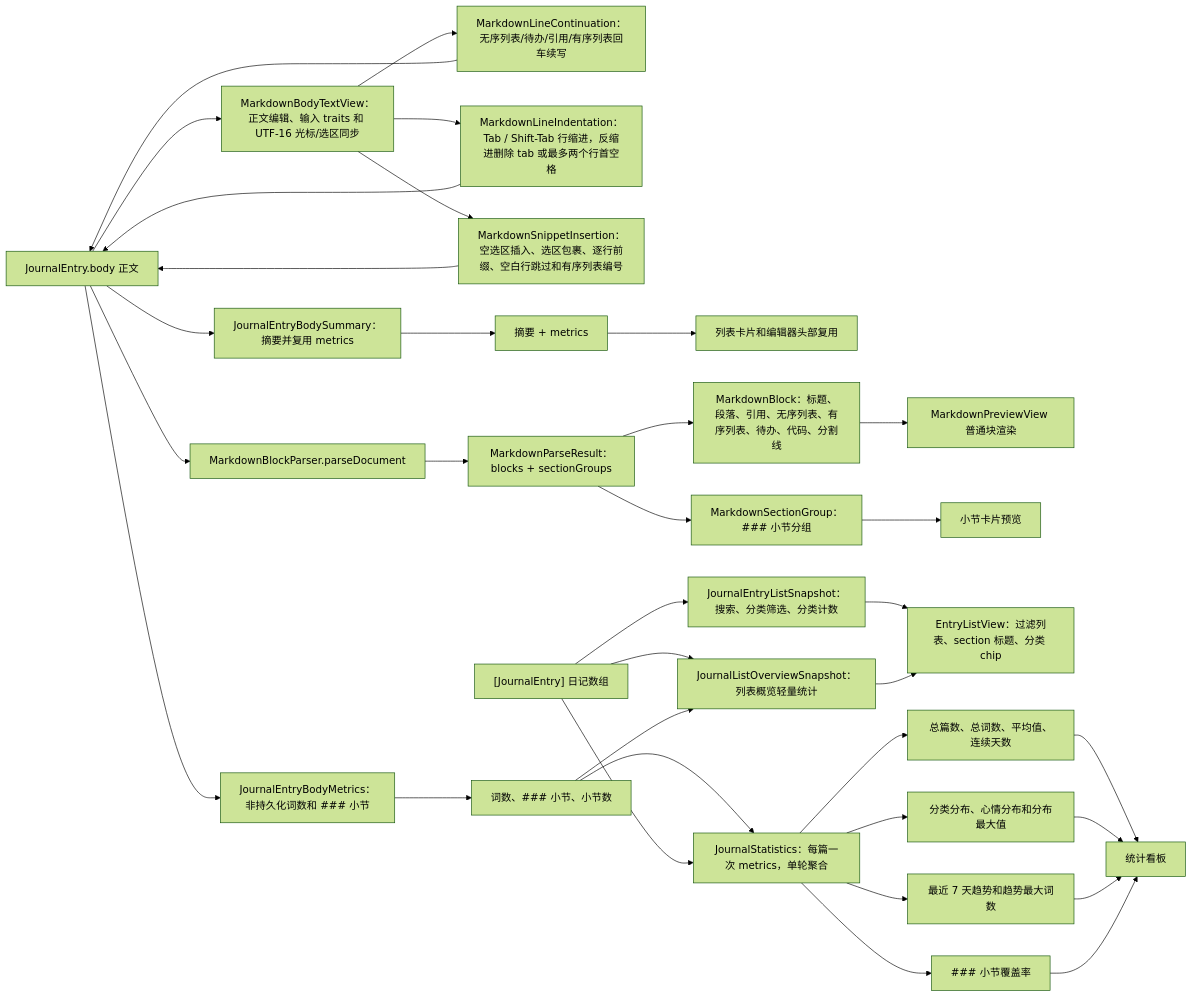
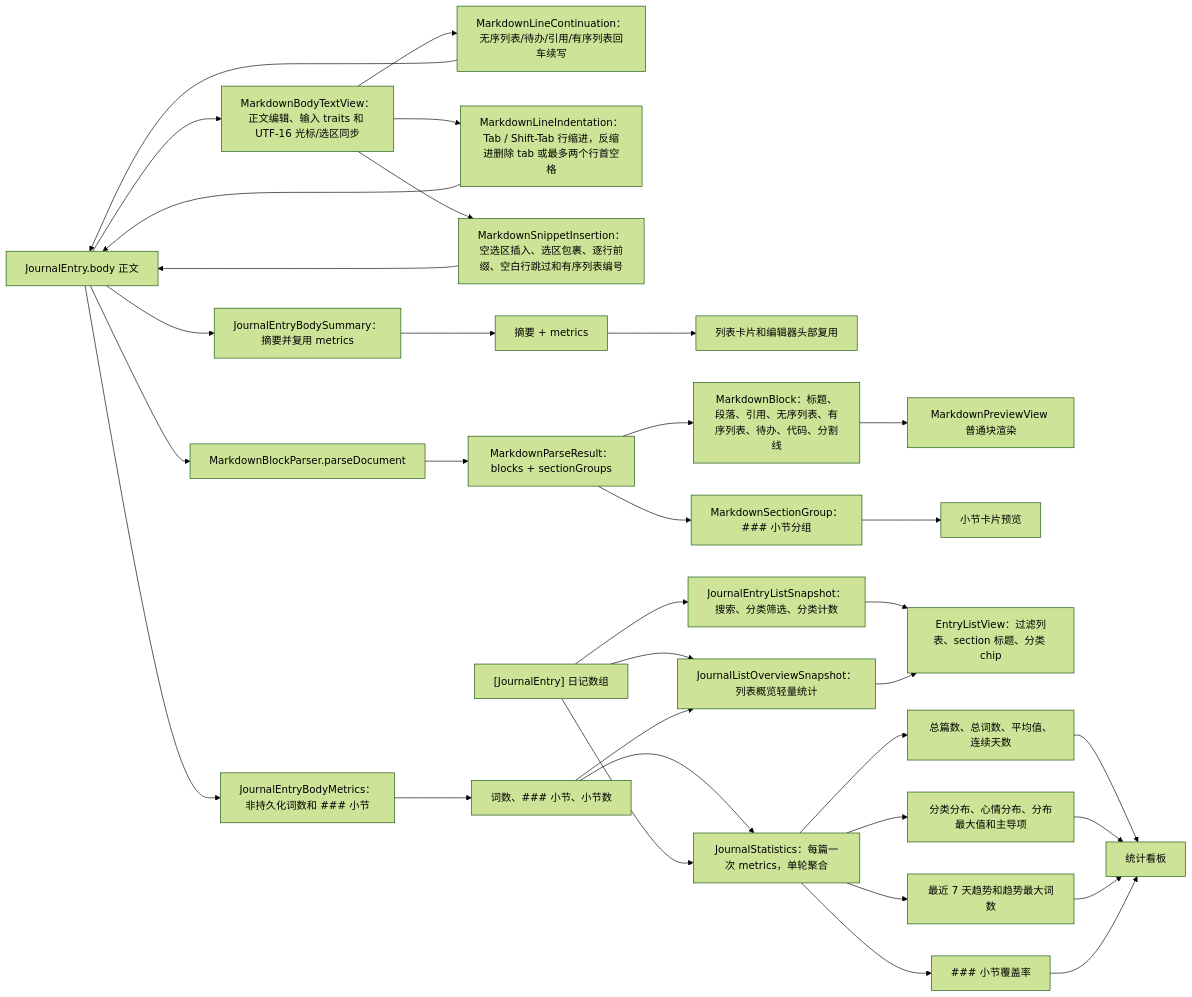
The fourth of 6 diagrams in md/flow/flowchart.md (Altman-sam114/117), drawn with Mermaid (forest theme) before and after one commit. The commit also changed other lines of this file and 8 other files, not shown here.

````diff
--- a/md/flow/flowchart.md
+++ b/md/flow/flowchart.md
@@ -121,36 +121,36 @@
 ```mermaid
 flowchart LR
   Body["JournalEntry.body 正文"] --> MetricsNode2["JournalEntryBodyMetrics：非持久化词数和 ### 小节"]
   Body --> Summary["JournalEntryBodySummary：摘要并复用 metrics"]
   Body --> BodyText["MarkdownBodyTextView：正文编辑、输入 traits 和 UTF-16 光标/选区同步"]
   BodyText --> ContinueRule["MarkdownLineContinuation：无序列表/待办/引用/有序列表回车续写"]
   ContinueRule --> Body
   BodyText --> IndentRule["MarkdownLineIndentation：Tab / Shift-Tab 行缩进，反缩进删除 tab 或最多两个行首空格"]
   IndentRule --> Body
   BodyText --> InsertRule["MarkdownSnippetInsertion：空选区插入、选区包裹、逐行前缀、空白行跳过和有序列表编号"]
   InsertRule --> Body
   MetricsNode2 --> MetricsData["词数、### 小节、小节数"]
   Summary --> Excerpt["摘要 + metrics"]
   Excerpt --> RowEditor["列表卡片和编辑器头部复用"]
   MetricsData --> Statistics["JournalStatistics：每篇一次 metrics，单轮聚合"]
   Body --> Parse["MarkdownBlockParser.parseDocument"]
   Parse --> Result["MarkdownParseResult：blocks + sectionGroups"]
   Result --> Blocks["MarkdownBlock：标题、段落、引用、无序列表、有序列表、待办、代码、分割线"]
   Blocks --> Preview["MarkdownPreviewView 普通块渲染"]
   Result --> Sections["MarkdownSectionGroup：### 小节分组"]
   Sections --> SectionPreview["小节卡片预览"]
   Entries["[JournalEntry] 日记数组"] --> Statistics
   Entries --> ListSnapshot2["JournalEntryListSnapshot：搜索、分类筛选、分类计数"]
   ListSnapshot2 --> ListView["EntryListView：过滤列表、section 标题、分类 chip"]
   Entries --> ListOverview2["JournalListOverviewSnapshot：列表概览轻量统计"]
   MetricsData --> ListOverview2
   ListOverview2 --> ListView
   Statistics --> Metrics["总篇数、总词数、平均值、连续天数"]
-  Statistics --> Distributions["分类分布、心情分布和分布最大值"]
+  Statistics --> Distributions["分类分布、心情分布、分布最大值和主导项"]
   Statistics --> Trend["最近 7 天趋势和趋势最大词数"]
   Statistics --> Coverage["### 小节覆盖率"]
   Metrics --> Dashboard["统计看板"]
   Distributions --> Dashboard
   Trend --> Dashboard
   Coverage --> Dashboard
 ```
````
